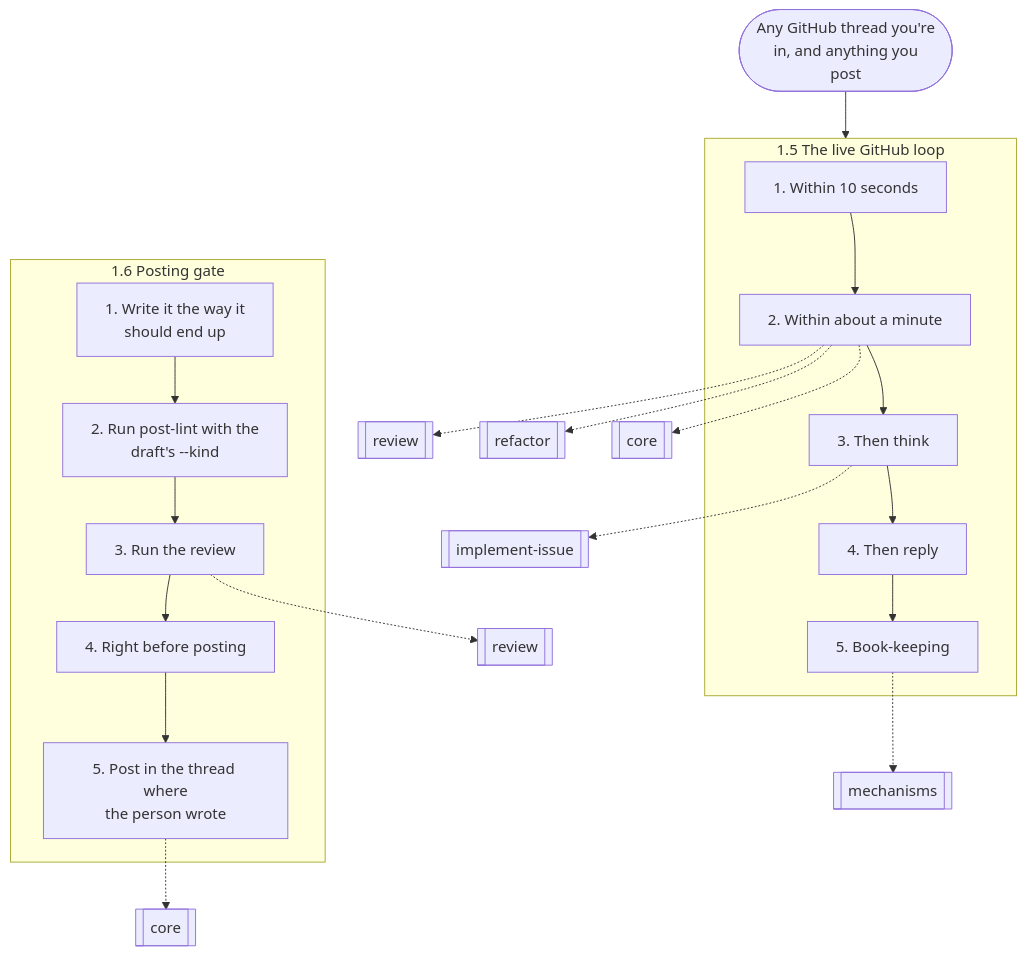
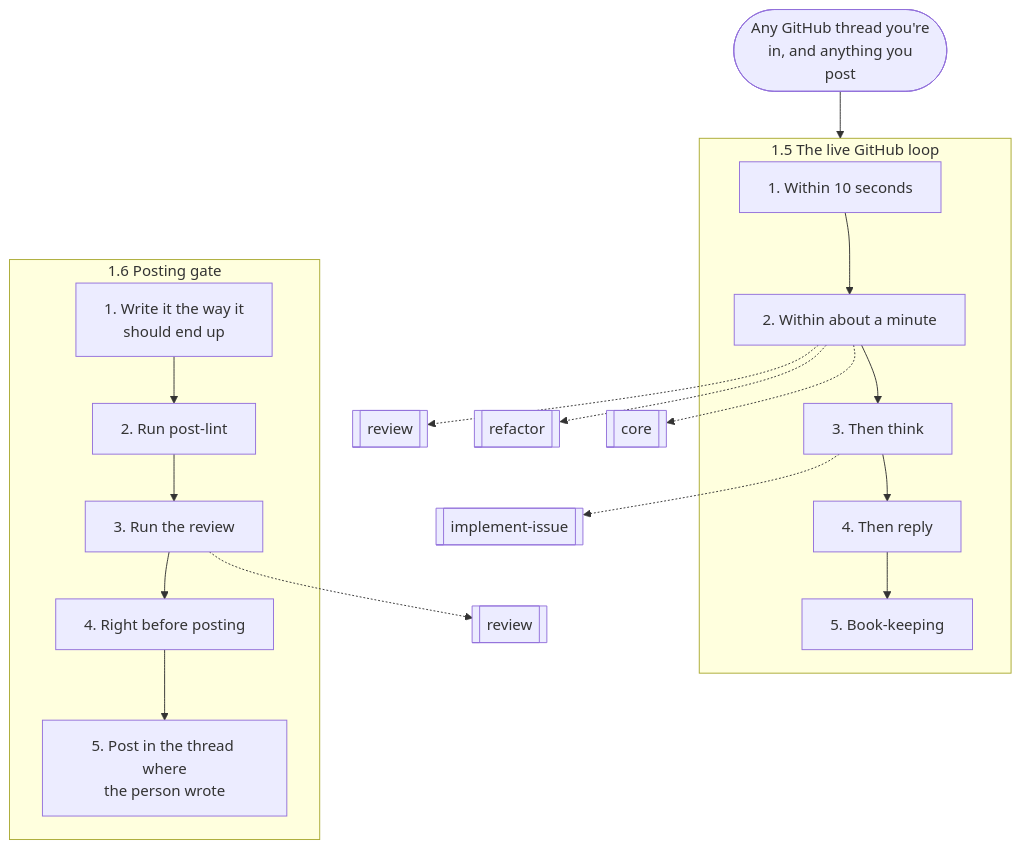
Before and after one commit to nitedani/mergeworthy: the third of 14 diagrams in docs/graphs.md, drawn with Mermaid. The commit also changed other lines of this file and 16 other files, not shown here.

````diff
--- a/docs/graphs.md
+++ b/docs/graphs.md
@@ -87,35 +98,33 @@
 ```mermaid
 flowchart TB
   start(["Any GitHub thread you're<br/>in, and anything you<br/>post"])
   subgraph g0["1.5 The live GitHub loop"]
     s0["1. Within 10 seconds"]
     s1["2. Within about a minute"]
     s0 --> s1
     s2["3. Then think"]
     s1 --> s2
     s3["4. Then reply"]
     s2 --> s3
     s4["5. Book-keeping"]
     s3 --> s4
   end
   s1 -.-> r1[["review"]]
   s1 -.-> r2[["refactor"]]
   s1 -.-> r3[["core"]]
   s2 -.-> r4[["implement-issue"]]
-  s4 -.-> r5[["mechanisms"]]
   subgraph g1["1.6 Posting gate"]
     s5["1. Write it the way it<br/>should end up"]
-    s6["2. Run post-lint with the<br/>draft's --kind"]
+    s6["2. Run post-lint"]
     s5 --> s6
     s7["3. Run the review"]
     s6 --> s7
     s8["4. Right before posting"]
     s7 --> s8
     s9["5. Post in the thread where<br/>the person wrote"]
     s8 --> s9
   end
-  s7 -.-> r6[["review"]]
-  s9 -.-> r7[["core"]]
+  s7 -.-> r5[["review"]]
   start --> g0
   g0 ~~~ g1
 ```
````
